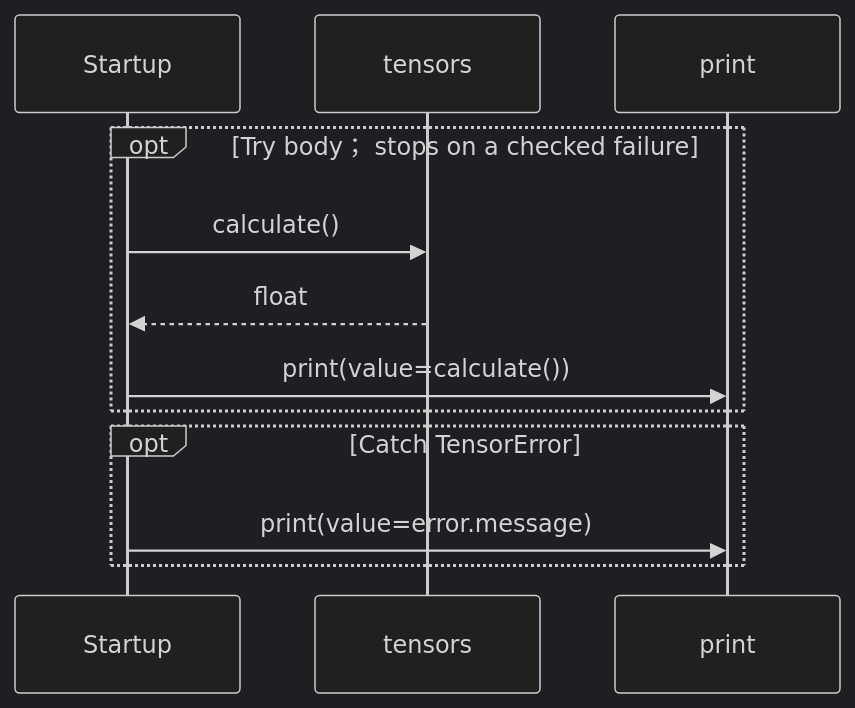
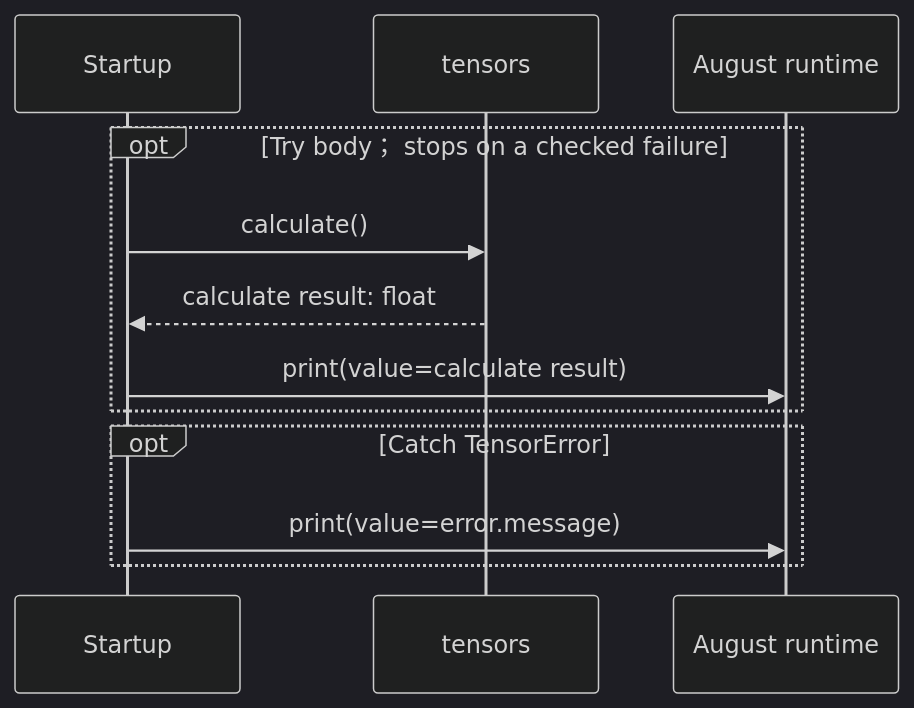
Before and after one commit to GreenPandaStudios/augscript: the diagram in docs/examples/native-pytorch/main-diagrams.md, drawn with Mermaid (dark theme). The commit also changed other lines of this file and 304 other files, not shown here.

Commit message:
Make generated data-flow sequences concise and review every diagram

````diff
--- a/docs/examples/native-pytorch/main-diagrams.md
+++ b/docs/examples/native-pytorch/main-diagrams.md
@@ -39,14 +28,14 @@
 ```mermaid
 sequenceDiagram
     participant p0 as Startup
     participant p1 as tensors
-    participant p2 as print
+    participant p2 as August runtime
     opt Try body； stops on a checked failure
     p0->>p1: calculate()
-    p1-->>p0: float
-    p0->>p2: print(value=calculate())
+    p1-->>p0: calculate result: float
+    p0->>p2: print(value=calculate result)
     end
     opt Catch TensorError
     p0->>p2: print(value=error.message)
     end
 ```
````
